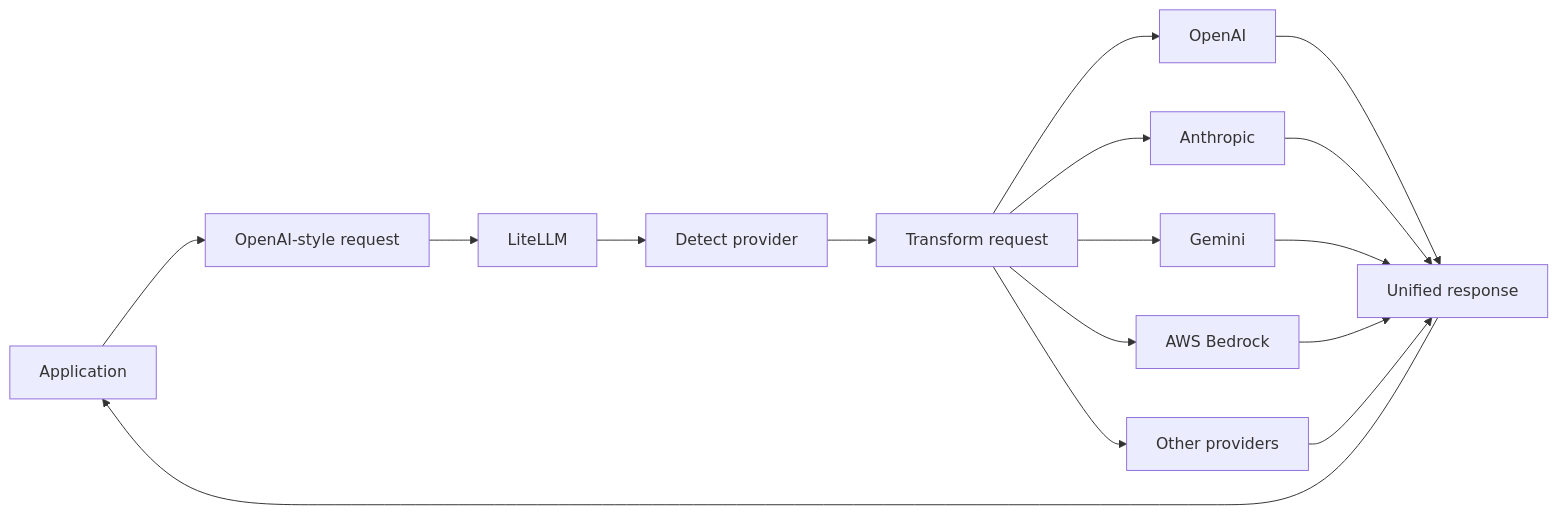
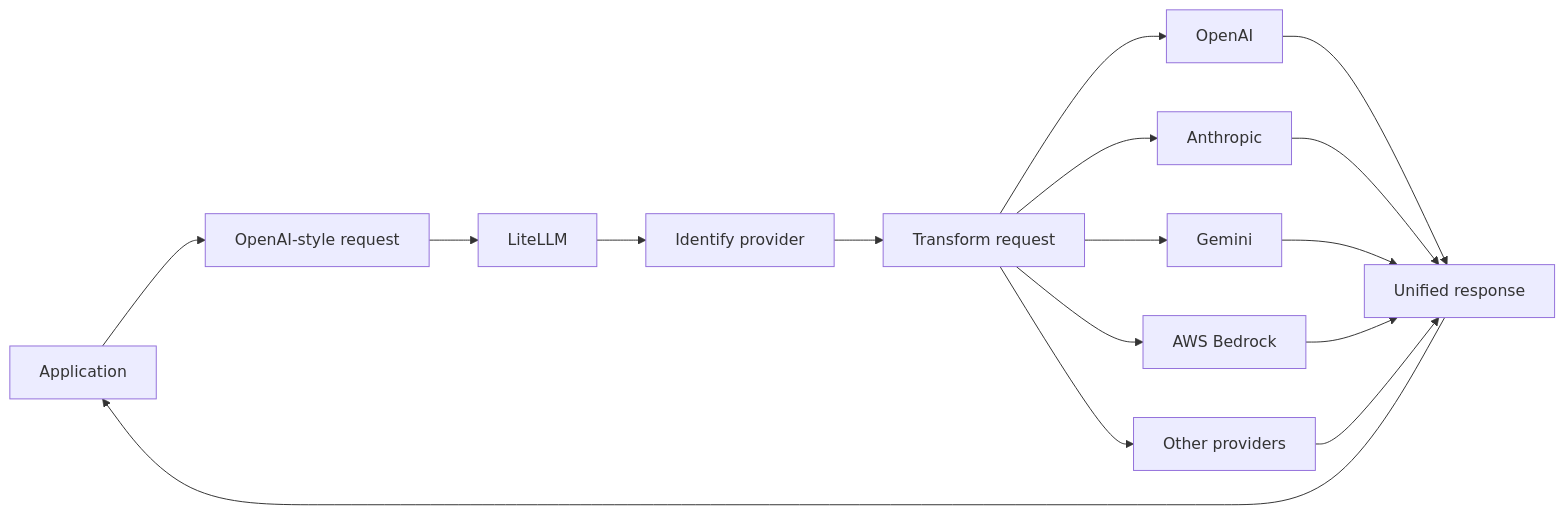
Before and after one commit to zj75968-cpu/docusaurus: the first of 11 diagrams in website/i18n/en/docusaurus-plugin-content-docs/current/knowledge-base/guides/litellm-project-guide.md, drawn with Mermaid. The commit also changed other lines of this file and 1 other file, not shown here.

````diff
--- a/website/i18n/en/docusaurus-plugin-content-docs/current/knowledge-base/guides/litellm-project-guide.md
+++ b/website/i18n/en/docusaurus-plugin-content-docs/current/knowledge-base/guides/litellm-project-guide.md
@@ -65,18 +77,18 @@
 ```mermaid
 flowchart LR
     A["Application"] --> B["OpenAI-style request"]
     B --> C["LiteLLM"]
-    C --> D["Detect provider"]
+    C --> D["Identify provider"]
     D --> E["Transform request"]
     E --> P1["OpenAI"]
     E --> P2["Anthropic"]
     E --> P3["Gemini"]
     E --> P4["AWS Bedrock"]
     E --> P5["Other providers"]
     P1 --> F["Unified response"]
     P2 --> F
     P3 --> F
     P4 --> F
     P5 --> F
     F --> A
 ```
````
